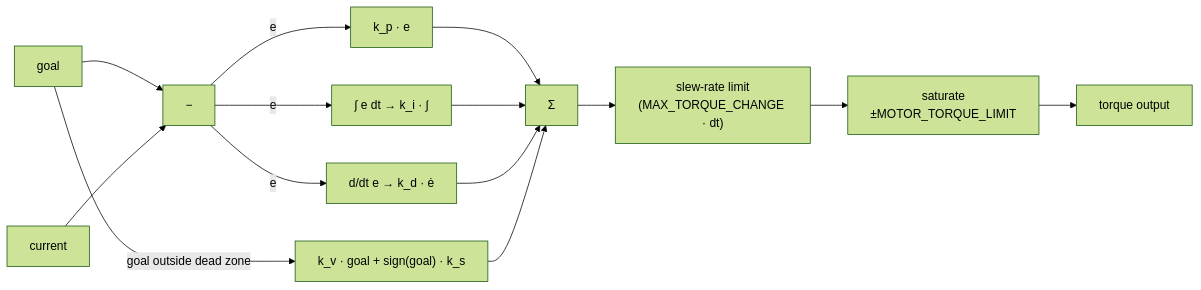
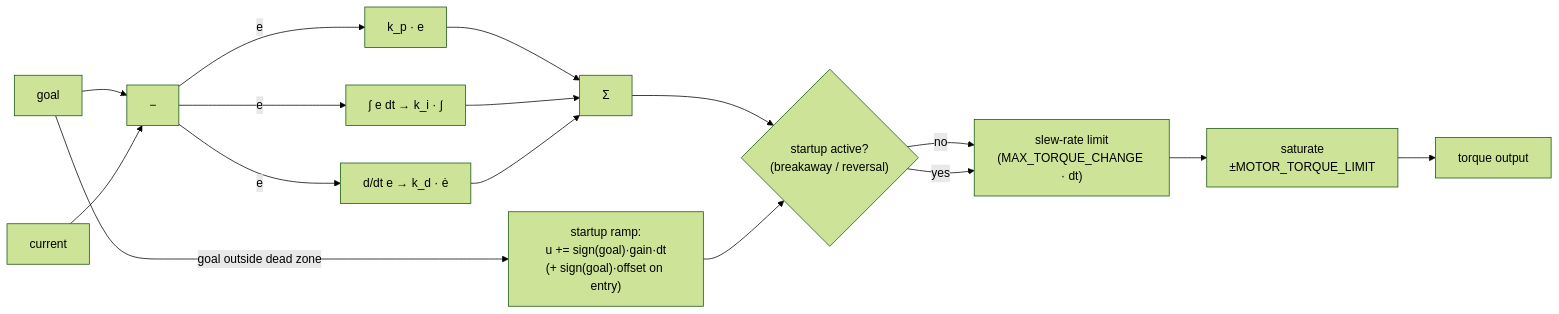
One commit to nemosum0/athena_motor_driver changed the eighth of 9 diagrams in athena_motor_driver/docs/control_architecture.md. Above: the diagram before and after it, drawn with Mermaid (forest theme). The commit also changed other lines of this file and 13 other files, not shown here.

````diff
--- a/athena_motor_driver/docs/control_architecture.md
+++ b/athena_motor_driver/docs/control_architecture.md
@@ -319,16 +324,18 @@
 ```mermaid
 flowchart LR
     G["goal"] --> SUM["−"]
     C["current"] --> SUM
     SUM -->|"e"| KP["k_p · e"]
     SUM -->|"e"| INT["∫ e dt → k_i · ∫"]
     SUM -->|"e"| DER["d/dt e → k_d · ė"]
     KP --> ADD["Σ"]
     INT --> ADD
     DER --> ADD
-    G -->|"goal outside dead zone"| FF["k_v · goal + sign(goal) · k_s"]
-    FF --> ADD
-    ADD --> SLEW["slew-rate limit<br/>(MAX_TORQUE_CHANGE · dt)"]
+    ADD --> MUX{"startup active?<br/>(breakaway / reversal)"}
+    G -->|"goal outside dead zone"| FF["startup ramp:<br/>u += sign(goal)·gain·dt<br/>(+ sign(goal)·offset on entry)"]
+    FF --> MUX
+    MUX -->|no| SLEW["slew-rate limit<br/>(MAX_TORQUE_CHANGE · dt)"]
+    MUX -->|yes| SLEW
     SLEW --> SAT["saturate<br/>±MOTOR_TORQUE_LIMIT"]
     SAT --> OUT["torque output"]
 ```
````
